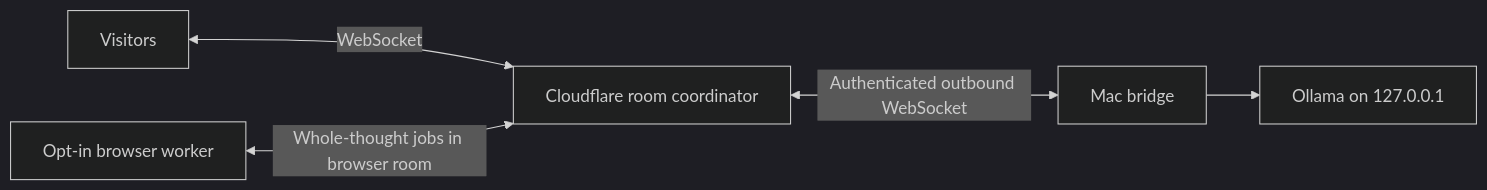
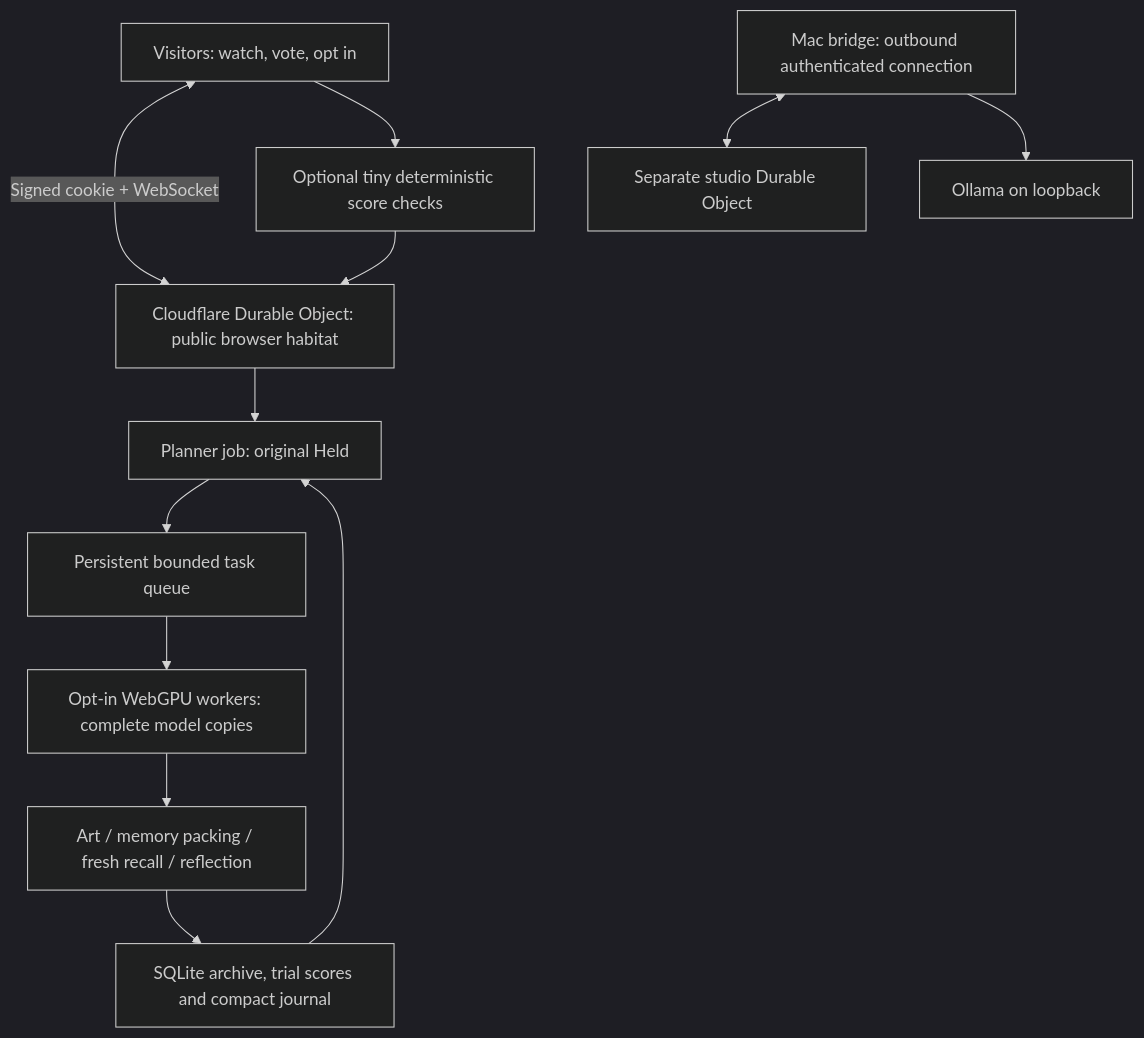
The diagram in docs/ARCHITECTURE.md (OscarBarreraGithub/heldalive), drawn with Mermaid (dark theme) before and after one commit. The commit also changed other lines of this file and 68 other files, not shown here.

Commit message:
Build visitor-powered Held creature, helper projects and memory lab

````diff
--- a/docs/ARCHITECTURE.md
+++ b/docs/ARCHITECTURE.md
@@ -5,7 +3,14 @@
 ```mermaid
-flowchart LR
-    V[Visitors] <-->|WebSocket| D[Cloudflare room coordinator]
-    D <-->|Authenticated outbound WebSocket| M[Mac bridge]
-    M --> O[Ollama on 127.0.0.1]
-    B[Opt-in browser worker] <-->|Whole-thought jobs in browser room| D
+flowchart TD
+  V[Visitors: watch, vote, opt in] <-->|Signed cookie + WebSocket| D[Cloudflare Durable Object: public browser habitat]
+  D --> P[Planner job: original Held]
+  P --> Q[Persistent bounded task queue]
+  Q --> B[Opt-in WebGPU workers: complete model copies]
+  B --> R[Art / memory packing / fresh recall / reflection]
+  R --> S[SQLite archive, trial scores and compact journal]
+  S --> P
+  V --> C[Optional tiny deterministic score checks]
+  C --> D
+  M[Mac bridge: outbound authenticated connection] <--> T[Separate studio Durable Object]
+  M --> O[Ollama on loopback]
 ```
````
